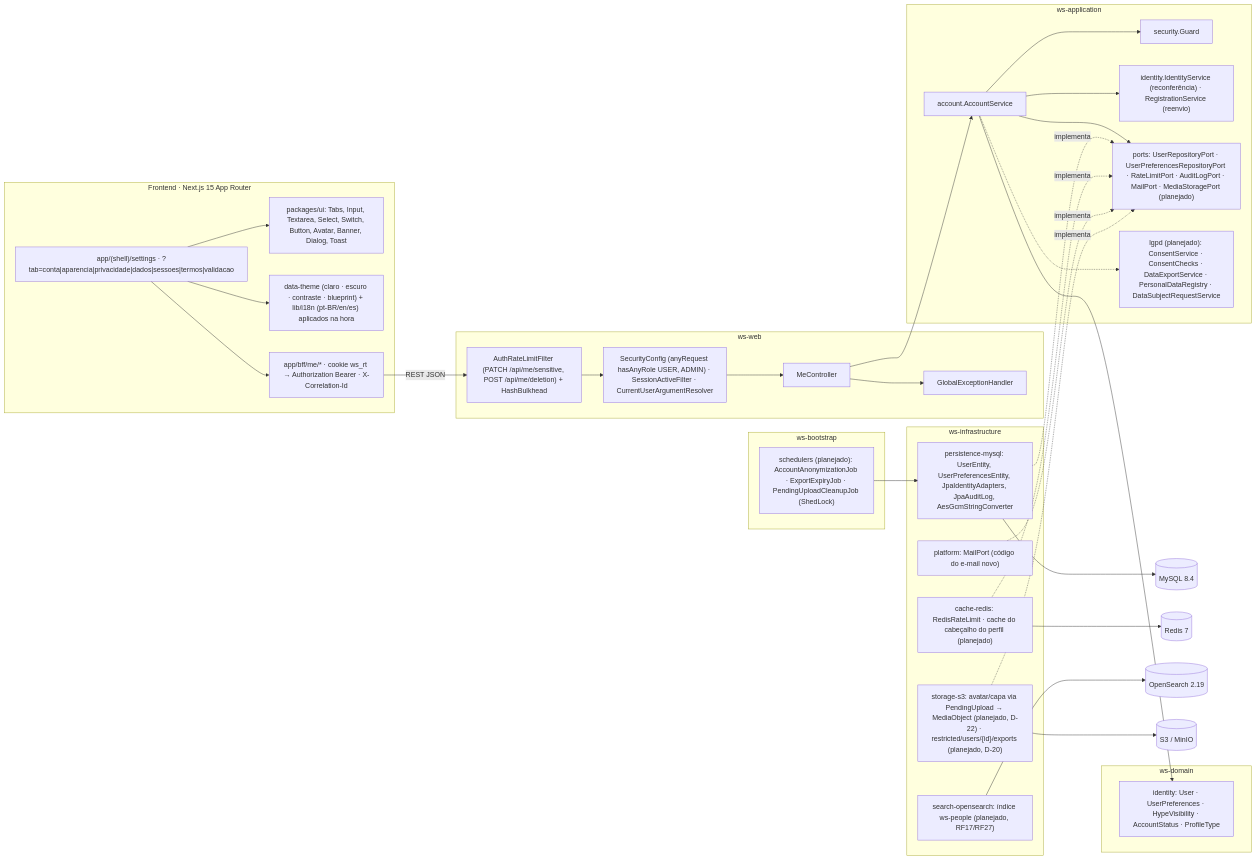
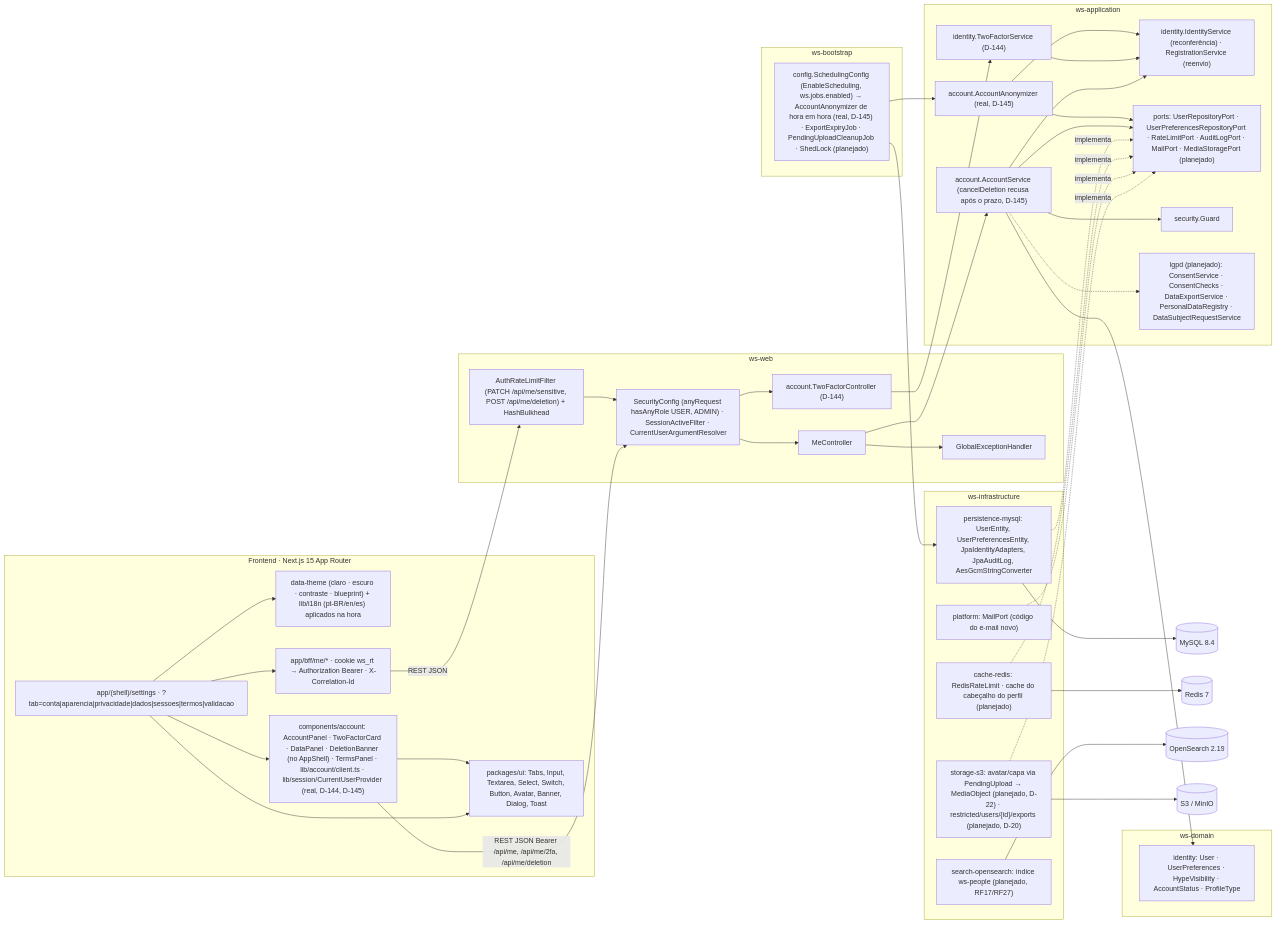
The seventh of 9 diagrams in docs/diagramas/RF3/README.md (MatheusHaliski/Decia-app-2026), drawn with Mermaid before and after one commit. The commit also changed other lines of this file and 4 other files, not shown here.

First line of the commit message:
docs(diagramas): casos de uso em RF1–RF3 e SEG; revisão de identidade

````diff
--- a/docs/diagramas/RF3/README.md
+++ b/docs/diagramas/RF3/README.md
@@ -450,55 +651,67 @@
 ```mermaid
 flowchart LR
   subgraph FE["Frontend · Next.js 15 App Router"]
     PG["app/(shell)/settings · ?tab=conta|aparencia|privacidade|dados|sessoes|termos|validacao"]
     UI["packages/ui: Tabs, Input, Textarea, Select, Switch, Button, Avatar, Banner, Dialog, Toast"]
     TH["data-theme (claro · escuro · contraste · blueprint) + lib/i18n (pt-BR/en/es) aplicados na hora"]
     BFF["app/bff/me/* · cookie ws_rt → Authorization Bearer · X-Correlation-Id"]
+    ACC["components/account: AccountPanel · TwoFactorCard · DataPanel · DeletionBanner (no AppShell) · TermsPanel · lib/account/client.ts · lib/session/CurrentUserProvider (real, D-144, D-145)"]
+    PG --> ACC
+    ACC --> UI
     PG --> UI
     PG --> TH
     PG --> BFF
   end
   subgraph WSWEB["ws-web"]
     SEC["SecurityConfig (anyRequest hasAnyRole USER, ADMIN) · SessionActiveFilter · CurrentUserArgumentResolver"]
     ARL["AuthRateLimitFilter (PATCH /api/me/sensitive, POST /api/me/deletion) + HashBulkhead"]
     MC["MeController"]
+    TFC["account.TwoFactorController (D-144)"]
     GEH["GlobalExceptionHandler"]
   end
   subgraph WSAPP["ws-application"]
-    AS["account.AccountService"]
+    AS["account.AccountService (cancelDeletion recusa após o prazo, D-145)"]
+    AN["account.AccountAnonymizer (real, D-145)"]
+    TF["identity.TwoFactorService (D-144)"]
+    AN --> IS
+    AN --> PORTS
+    TF --> IS
     GD["security.Guard"]
     IS["identity.IdentityService (reconferência) · RegistrationService (reenvio)"]
     PORTS["ports: UserRepositoryPort · UserPreferencesRepositoryPort · RateLimitPort · AuditLogPort · MailPort · MediaStoragePort (planejado)"]
     LG["lgpd (planejado): ConsentService · ConsentChecks · DataExportService · PersonalDataRegistry · DataSubjectRequestService"]
     AS --> GD
     AS --> IS
     AS --> PORTS
   end
   subgraph WSDOM["ws-domain"]
     DOM["identity: User · UserPreferences · HypeVisibility · AccountStatus · ProfileType"]
   end
   subgraph INFRA["ws-infrastructure"]
     MY["persistence-mysql: UserEntity, UserPreferencesEntity, JpaIdentityAdapters, JpaAuditLog, AesGcmStringConverter"]
     RDS["cache-redis: RedisRateLimit · cache do cabeçalho do perfil (planejado)"]
     OSE["search-opensearch: índice ws-people (planejado, RF17/RF27)"]
     S3["storage-s3: avatar/capa via PendingUpload → MediaObject (planejado, D-22) · restricted/users/{id}/exports (planejado, D-20)"]
     PLT["platform: MailPort (código do e-mail novo)"]
   end
   subgraph BOOT["ws-bootstrap"]
-    JOBS["schedulers (planejado): AccountAnonymizationJob · ExportExpiryJob · PendingUploadCleanupJob (ShedLock)"]
+    JOBS["config.SchedulingConfig (EnableScheduling, ws.jobs.enabled) → AccountAnonymizer de hora em hora (real, D-145) · ExportExpiryJob · PendingUploadCleanupJob · ShedLock (planejado)"]
   end
 
   BFF -->|"REST JSON"| ARL --> SEC --> MC --> AS
   MC --> GEH
   MY -.implementa.-> PORTS
   RDS -.implementa.-> PORTS
   PLT -.implementa.-> PORTS
   S3 -.implementa.-> PORTS
   AS --> DOM
   AS -.-> LG
   MY --> DB[("MySQL 8.4")]
   RDS --> RD[("Redis 7")]
   OSE --> OSX[("OpenSearch 2.19")]
   S3 --> MINIO[("S3 / MinIO")]
   JOBS --> MY
+  JOBS --> AN
+  ACC -->|"REST JSON Bearer /api/me, /api/me/2fa, /api/me/deletion"| SEC
+  SEC --> TFC --> TF
 ```
````
